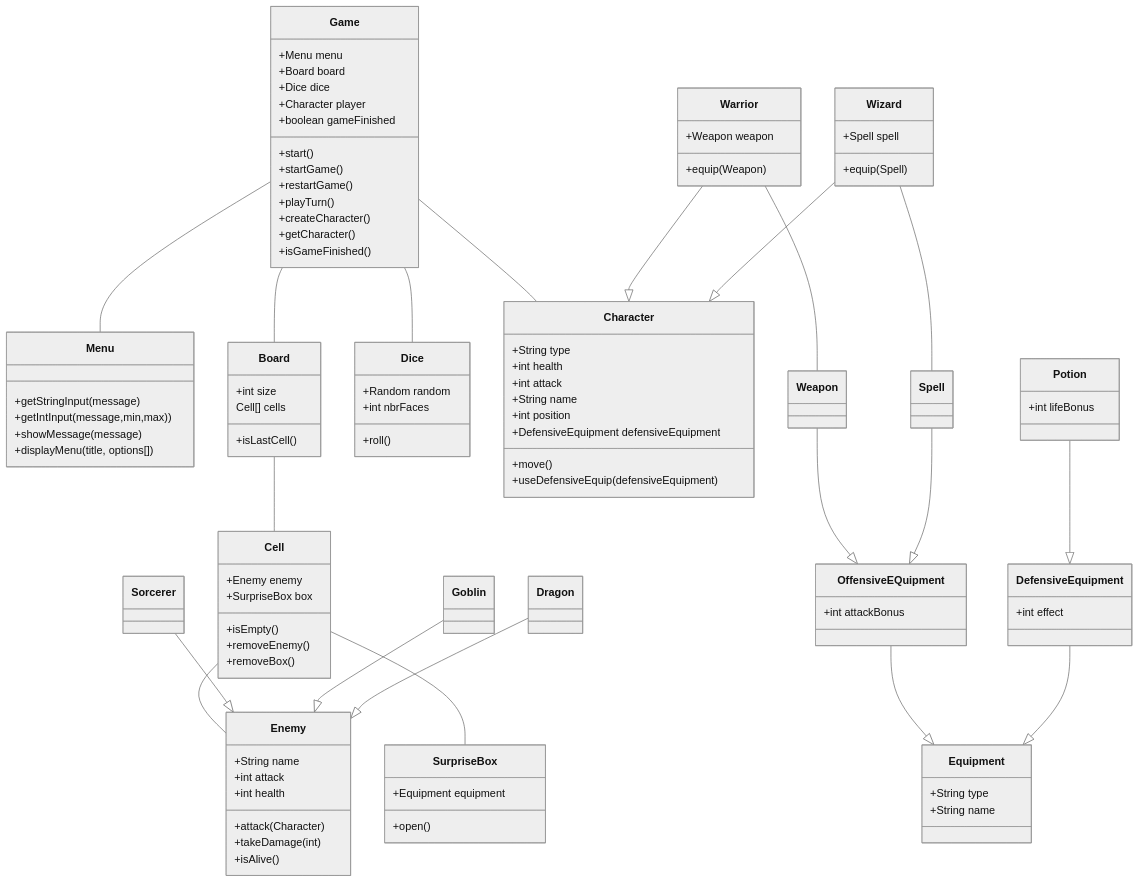
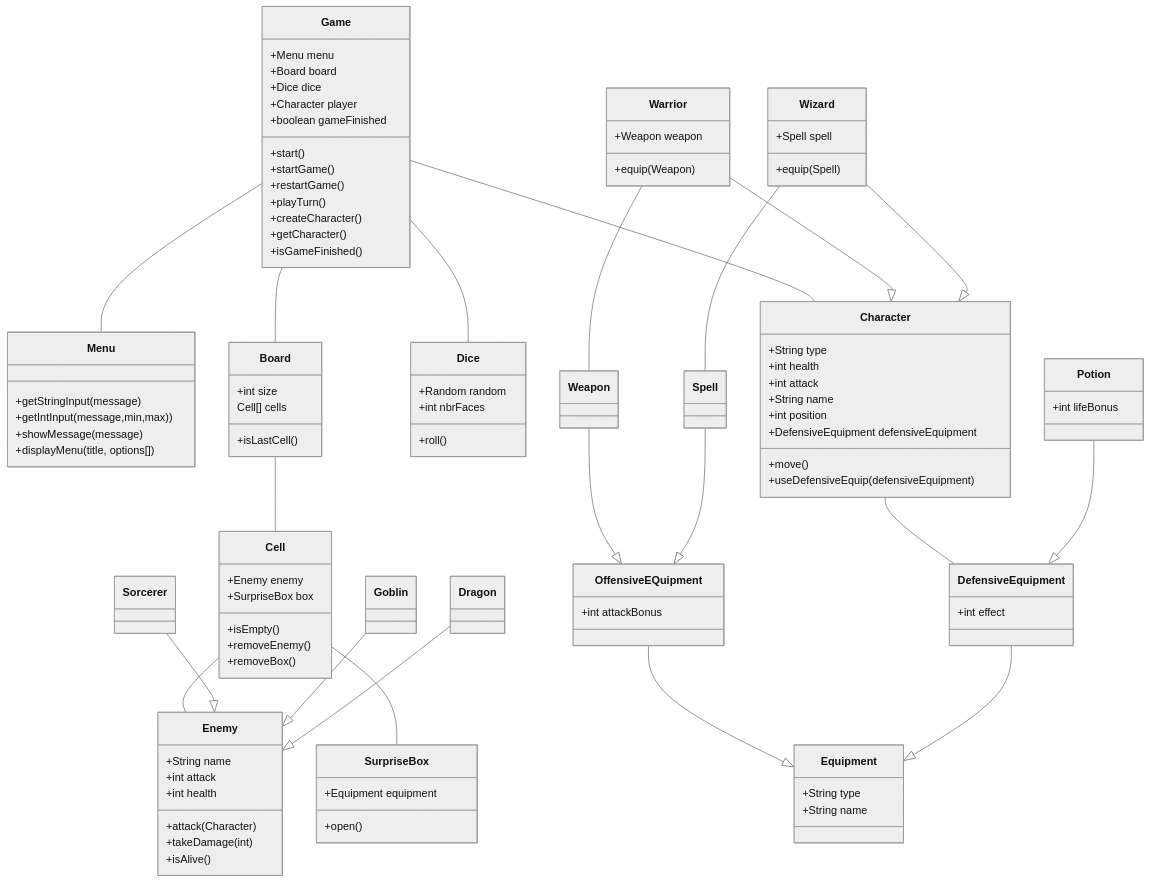
One commit to CorentinFERRY/DnDGame changed the diagram in README.md. Above: the diagram before and after it, drawn with Mermaid (neutral theme).

Commit message:
update: link defensiveEquipement on Character Class

```diff
--- a/README.md
+++ b/README.md
@@ -205,6 +205,7 @@
     Board -- Cell
     Game -- Dice
     Game -- Character
+    Character -- DefensiveEquipment
     Warrior --|> Character
     Wizard --|> Character
     OffensiveEQuipment --|> Equipment
```
